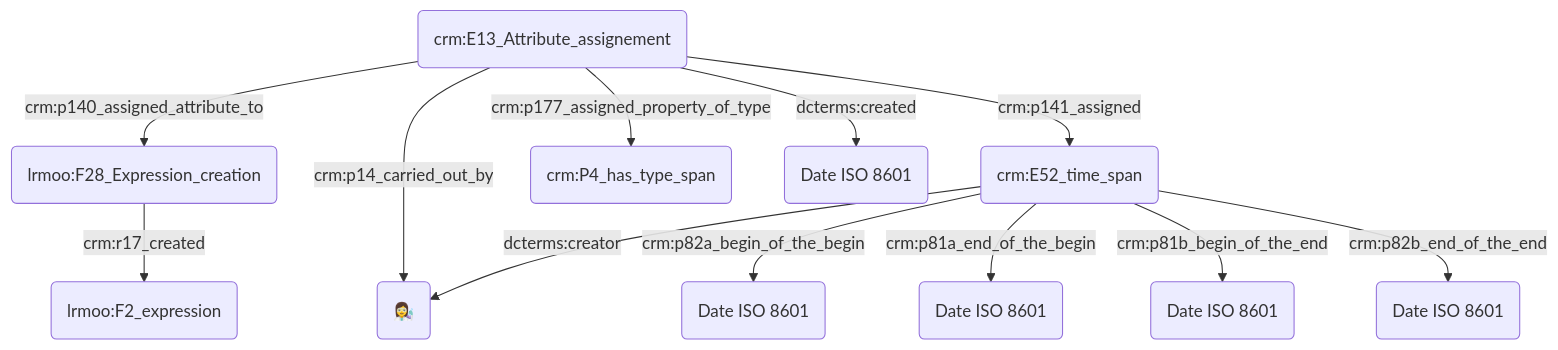
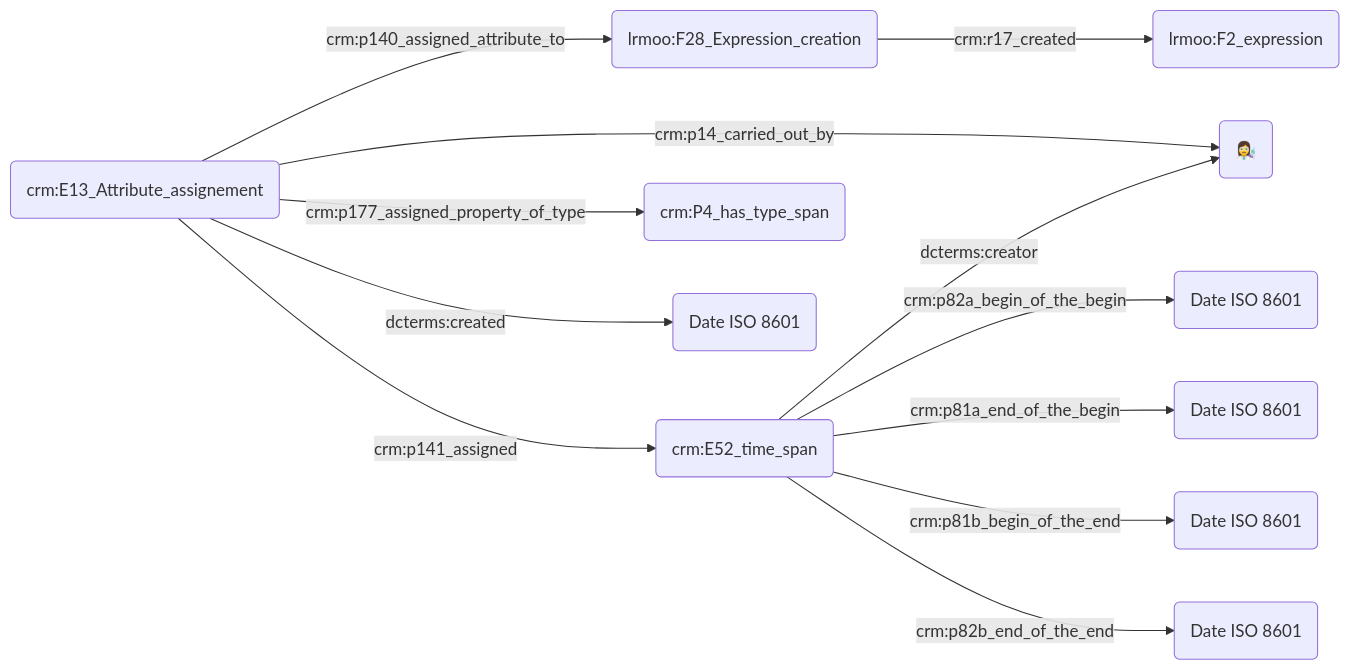
Before and after one commit to Amleth/consortium-musica2-gt2-ontologies: the diagram in modules/dates/2023.09.19_atelier.md, drawn with Mermaid.

````diff
--- a/modules/dates/2023.09.19_atelier.md
+++ b/modules/dates/2023.09.19_atelier.md
@@ -31,18 +31,18 @@
 ```mermaid
-graph TD;
+graph LR;
 
 A(lrmoo::F28_Expression_creation) --> |crm:r17_created| B(lrmoo:F2_expression)
 C(crm:E13_Attribute_assignement) --> |crm:p140_assigned_attribute_to| A(lrmoo:F28_Expression_creation)
 C(crm:E13_Attribute_assignement) --> |crm:p141_assigned| D(crm:E52_time_span)
 C(crm:E13_Attribute_assignement) --> |crm:p177_assigned_property_of_type| E(crm:P4_has_type_span)
 
 C(crm:E13_Attribute_assignement) --> |dcterms:created| F("Date ISO 8601")
 
 C(crm:E13_Attribute_assignement) --> |crm:p14_carried_out_by| G("👩‍🔬")
 D(crm:E52_time_span) --> |dcterms:creator| G("👩‍🔬")
 
 D(crm:E52_time_span) --> |crm:p82a_begin_of_the_begin| H("Date ISO 8601")
 D(crm:E52_time_span) --> |crm:p81a_end_of_the_begin| I("Date ISO 8601")
 D(crm:E52_time_span) --> |crm:p81b_begin_of_the_end| J("Date ISO 8601")
 D(crm:E52_time_span) --> |crm:p82b_end_of_the_end| K("Date ISO 8601")
 ```
````
